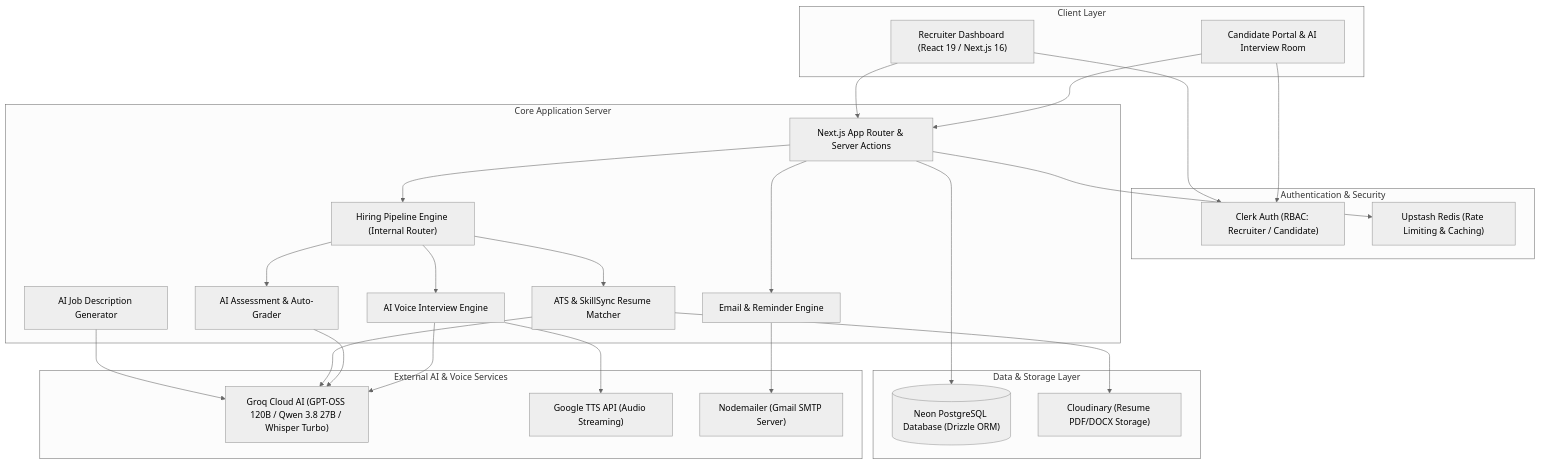
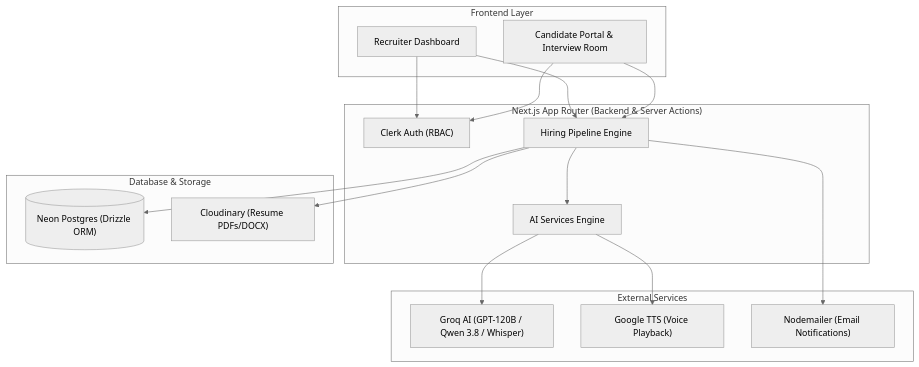
One commit to divysaxena24/Recrutva changed the first of 2 diagrams in README.md. Above: the diagram before and after it, drawn with Mermaid (neutral theme).

Commit message:
docs: simplify system architecture diagram in README

````diff
--- a/README.md
+++ b/README.md
@@ -9,58 +9,33 @@
 ```mermaid
 graph TD
-    subgraph Client Layer
-        RecruiterApp["Recruiter Dashboard (React 19 / Next.js 16)"]
-        CandidateApp["Candidate Portal & AI Interview Room"]
+    subgraph Frontend ["Frontend Layer"]
+        Recruiter["Recruiter Dashboard"]
+        Candidate["Candidate Portal & Interview Room"]
     end
 
-    subgraph Authentication & Security
-        ClerkAuth["Clerk Auth (RBAC: Recruiter / Candidate)"]
-        UpstashRedis["Upstash Redis (Rate Limiting & Caching)"]
+    subgraph Backend ["Next.js App Router (Backend & Server Actions)"]
+        Auth["Clerk Auth (RBAC)"]
+        Pipeline["Hiring Pipeline Engine"]
+        AIEngine["AI Services Engine"]
     end
 
-    subgraph Core Application Server
-        NextRouter["Next.js App Router & Server Actions"]
-        PipelineEngine["Hiring Pipeline Engine (Internal Router)"]
-        JDGen["AI Job Description Generator"]
-        ScreeningEngine["ATS & SkillSync Resume Matcher"]
-        AssessmentEngine["AI Assessment & Auto-Grader"]
-        InterviewRoom["AI Voice Interview Engine"]
-        NotificationService["Email & Reminder Engine"]
+    subgraph StorageLayer ["Database & Storage"]
+        DB[("Neon Postgres (Drizzle ORM)")]
+        Storage["Cloudinary (Resume PDFs/DOCX)"]
     end
 
-    subgraph Data & Storage Layer
-        NeonDB[("Neon PostgreSQL Database (Drizzle ORM)")]
-        Cloudinary["Cloudinary (Resume PDF/DOCX Storage)"]
+    subgraph ExternalServices ["External Services"]
+        Groq["Groq AI (GPT-120B / Qwen 3.8 / Whisper)"]
+        TTS["Google TTS (Voice Playback)"]
+        Email["Nodemailer (Email Notifications)"]
     end
 
-    subgraph External AI & Voice Services
-        GroqAI["Groq Cloud AI (GPT-OSS 120B / Qwen 3.8 27B / Whisper Turbo)"]
-        GoogleTTS["Google TTS API (Audio Streaming)"]
-        Nodemailer["Nodemailer (Gmail SMTP Server)"]
-    end
-
-    RecruiterApp --> ClerkAuth
-    CandidateApp --> ClerkAuth
-
-    RecruiterApp --> NextRouter
-    CandidateApp --> NextRouter
-
-    NextRouter --> UpstashRedis
-    NextRouter --> PipelineEngine
-
-    PipelineEngine --> ScreeningEngine
-    PipelineEngine --> AssessmentEngine
-    PipelineEngine --> InterviewRoom
-
-    JDGen --> GroqAI
-    ScreeningEngine --> GroqAI
-    AssessmentEngine --> GroqAI
-    InterviewRoom --> GroqAI
-    InterviewRoom --> GoogleTTS
-
-    ScreeningEngine --> Cloudinary
-    NextRouter --> NeonDB
-
-    NotificationService --> Nodemailer
-    NextRouter --> NotificationService
+    Recruiter & Candidate --> Auth
+    Recruiter & Candidate --> Pipeline
+    Pipeline --> AIEngine
+    Pipeline --> DB
+    Pipeline --> Storage
+    AIEngine --> Groq
+    AIEngine --> TTS
+    Pipeline --> Email
 ```
````
